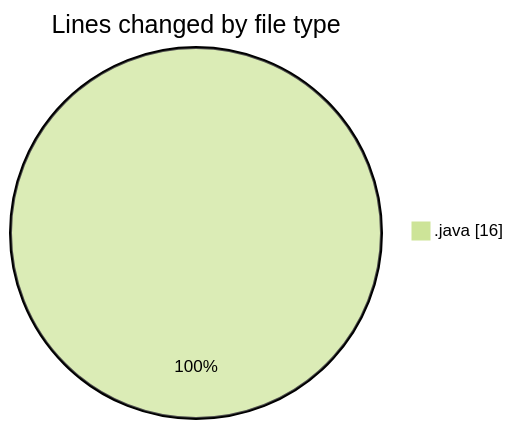
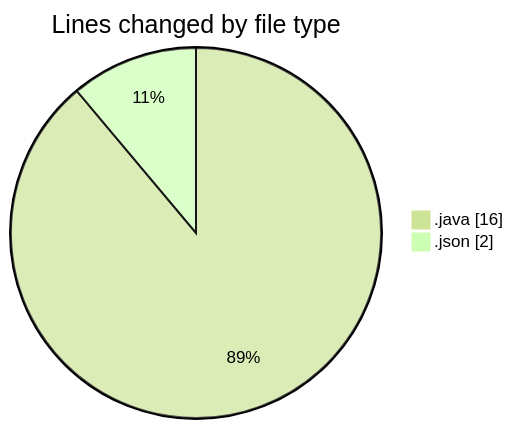
Before and after one commit to ricardozamudiocil/code-tracking: the first of 2 diagrams in 2026-04-06/cilapp/README.md, drawn with Mermaid (forest theme). The commit also changed other lines of this file and 1 other file, not shown here.

````diff
--- a/2026-04-06/cilapp/README.md
+++ b/2026-04-06/cilapp/README.md
@@ -20,5 +21,6 @@
 ```mermaid
 pie showData
 title Lines changed by file type
 ".java" : 16
+".json" : 2
 ```
````
